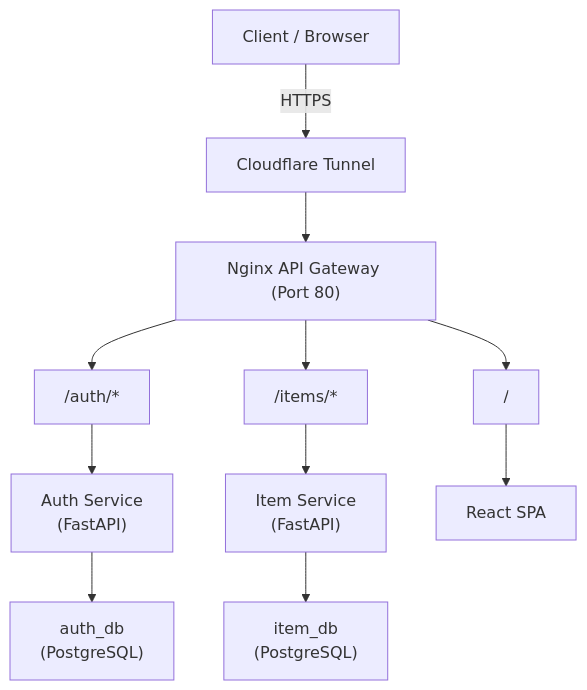
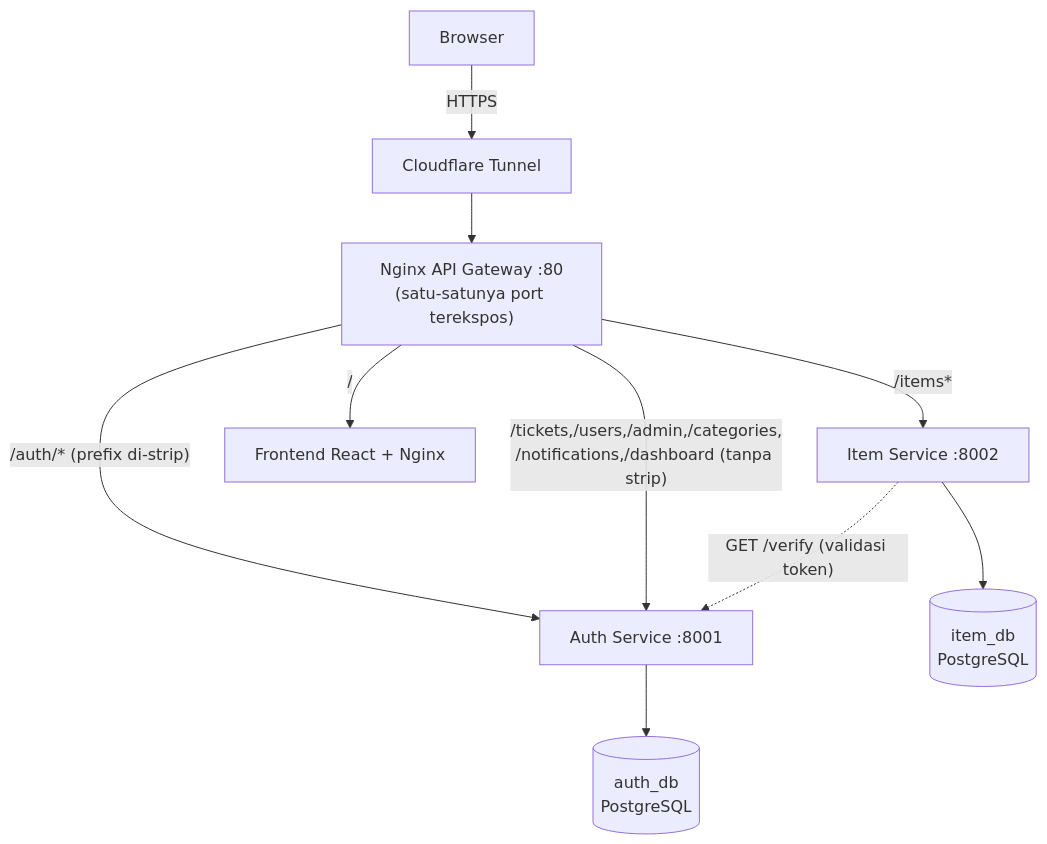
Before and after one commit to aidilsaputrakirsan-classroom/cc-kelompok-a-antek-antek-asing: the diagram in README.md, drawn with Mermaid. The commit also changed other lines of this file and 1 other file, not shown here.

````diff
--- a/README.md
+++ b/README.md
@@ -146,31 +98,14 @@
 ```mermaid
 flowchart TD
-    A[Client / Browser]
-    B[Cloudflare Tunnel]
-    C["Nginx API Gateway (Port 80)"]
+    A[Browser] -->|HTTPS| B[Cloudflare Tunnel]
+    B --> C["Nginx API Gateway :80<br/>(satu-satunya port terekspos)"]
 
-    D["/auth/*"]
-    E["/items/*"]
-    F["/"]
+    C -->|"/auth/* (prefix di-strip)"| G[Auth Service :8001]
+    C -->|"/tickets,/users,/admin,/categories,<br/>/notifications,/dashboard (tanpa strip)"| G
+    C -->|"/items*"| H[Item Service :8002]
+    C -->|"/"| I[Frontend React + Nginx]
 
-    G["Auth Service<br/>(FastAPI)"]
-    H["Item Service<br/>(FastAPI)"]
-    I["React SPA"]
-
-    J["auth_db<br/>(PostgreSQL)"]
-    K["item_db<br/>(PostgreSQL)"]
-
-    A -->|HTTPS| B
-    B --> C
-
-    C --> D
-    C --> E
-    C --> F
-
-    D --> G
-    E --> H
-    F --> I
-
-    G --> J
-    H --> K
+    G --> J[("auth_db<br/>PostgreSQL")]
+    H --> K[("item_db<br/>PostgreSQL")]
+    H -.->|"GET /verify (validasi token)"| G
 ```
````
